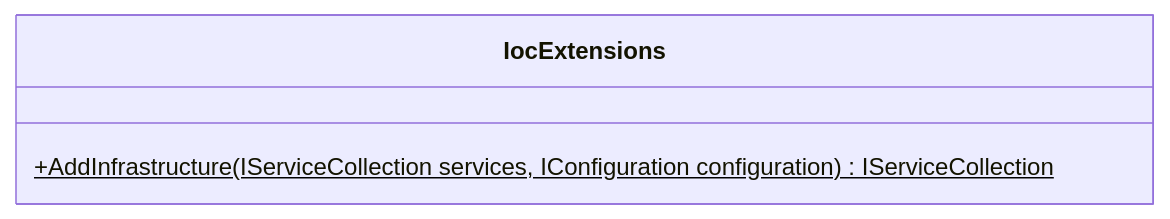
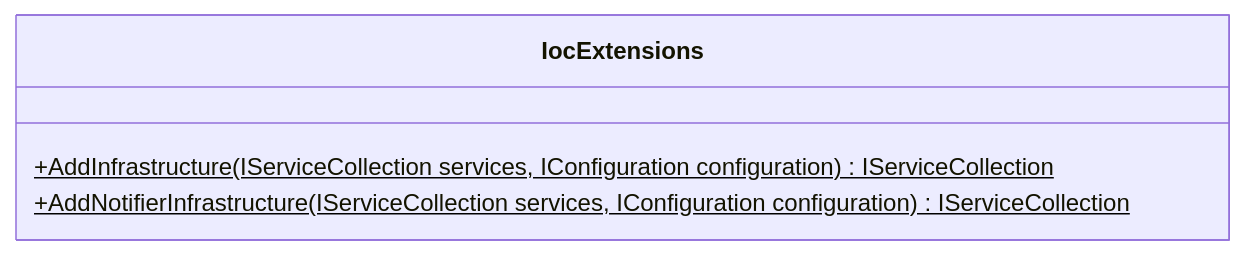
Before and after one commit to dominikus1993/argo-rossmann-product-fetcher: diagram 14 of 21 in CODE_METRICS.md, drawn with Mermaid. The commit also changed other lines of this file, not shown here.

````diff
--- a/CODE_METRICS.md
+++ b/CODE_METRICS.md
@@ -1029,7 +1087,8 @@
 ```mermaid
 classDiagram
 class IocExtensions{
     +AddInfrastructure(IServiceCollection services, IConfiguration configuration)$ IServiceCollection
+    +AddNotifierInfrastructure(IServiceCollection services, IConfiguration configuration)$ IServiceCollection
 }
 
 ```
````
